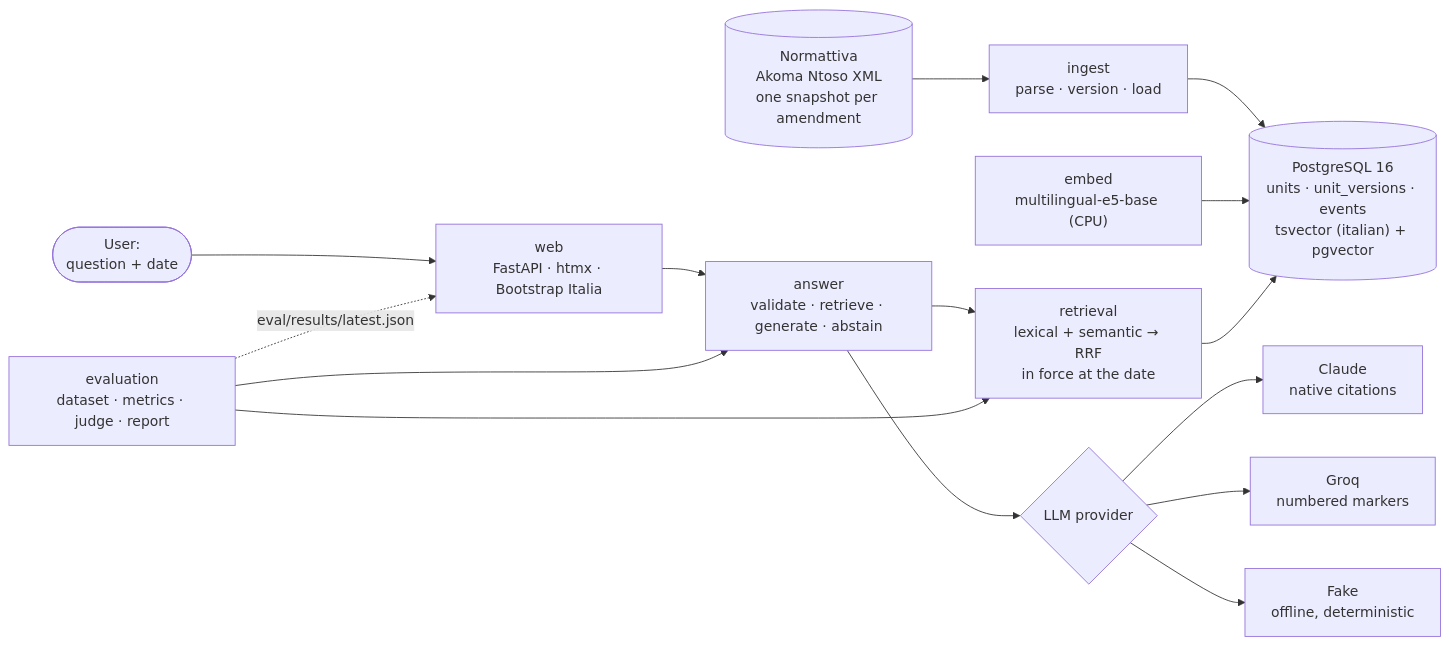
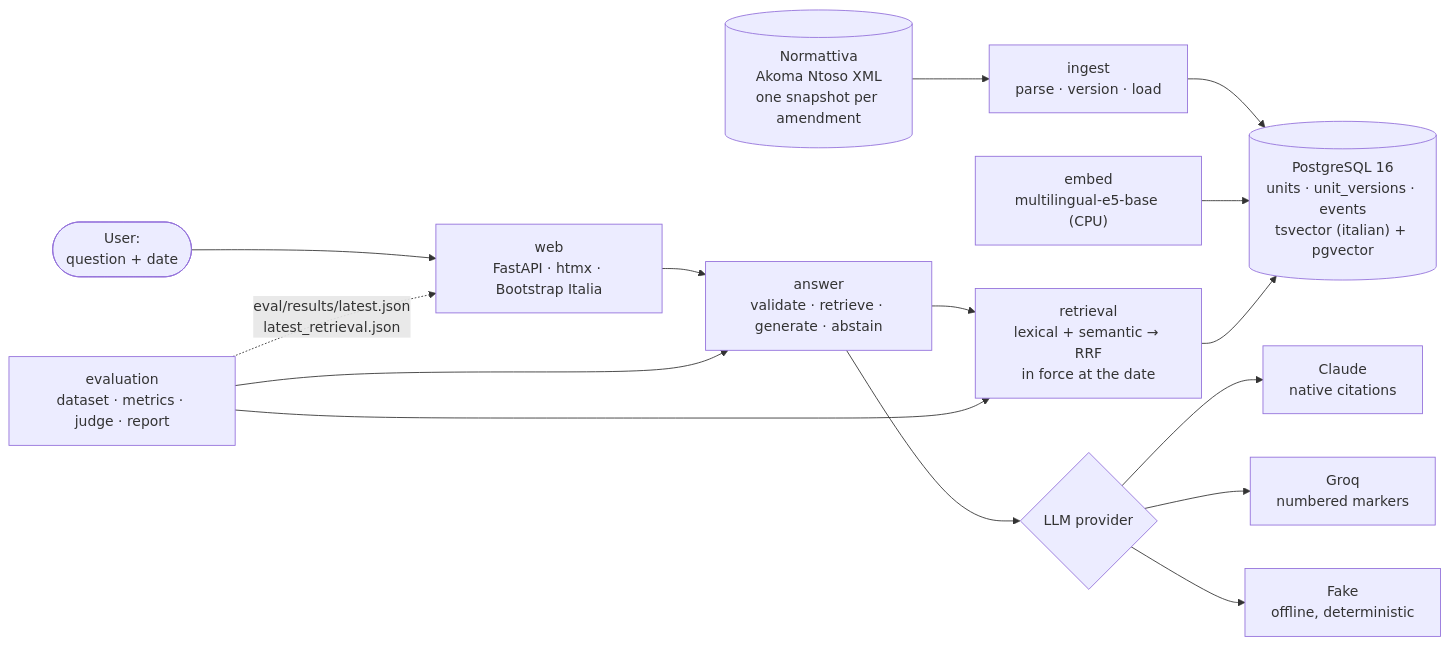
The diagram in README.md (skiokk/codice-appalti-qa), drawn with Mermaid before and after one commit. The commit also changed other lines of this file and 26 other files, not shown here.

First line of the commit message:
Price every fallback attempt and keep retrieval results published apart

````diff
--- a/README.md
+++ b/README.md
@@ -52,17 +52,17 @@
 ```mermaid
 flowchart LR
     N[("Normattiva<br/>Akoma Ntoso XML<br/>one snapshot per amendment")] --> I["ingest<br/>parse · version · load"]
     I --> DB[("PostgreSQL 16<br/>units · unit_versions · events<br/>tsvector (italian) + pgvector")]
     E["embed<br/>multilingual-e5-base (CPU)"] --> DB
     U(["User:<br/>question + date"]) --> W["web<br/>FastAPI · htmx · Bootstrap Italia"]
     W --> A["answer<br/>validate · retrieve · generate · abstain"]
     A --> R["retrieval<br/>lexical + semantic → RRF<br/>in force at the date"]
     R --> DB
     A --> L{"LLM provider"}
     L --> C["Claude<br/>native citations"]
     L --> G["Groq<br/>numbered markers"]
     L --> F["Fake<br/>offline, deterministic"]
     V["evaluation<br/>dataset · metrics · judge · report"] --> A
     V --> R
-    V -. "eval/results/latest.json" .-> W
+    V -. "eval/results/latest.json<br/>latest_retrieval.json" .-> W
 ```
````
